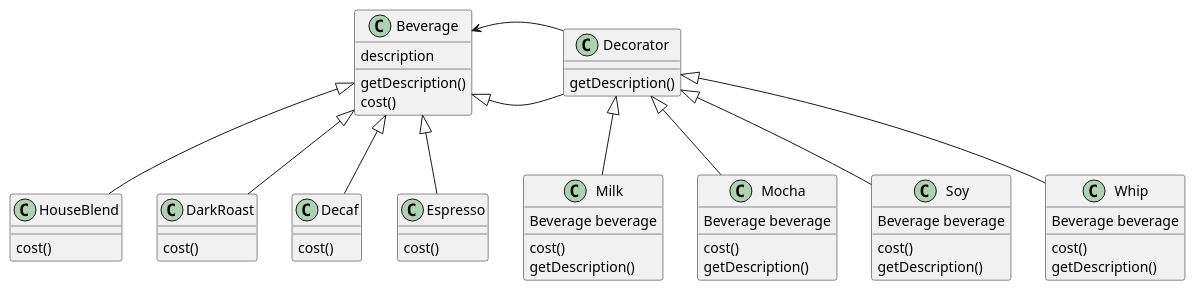
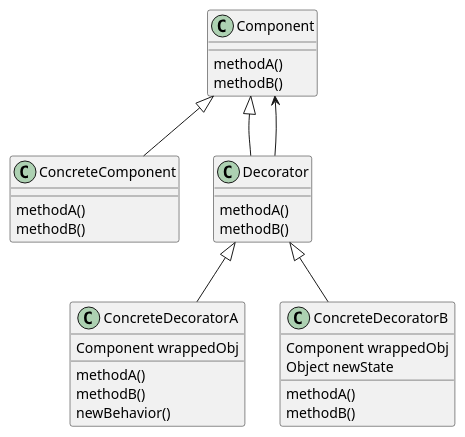
The diagram in T/software-craft/design-pattern/decorator/decorator_class.puml (tcfh2016/knowledge-map), drawn with PlantUML before and after one commit. The commit also changed 3 other files, not shown here.

```diff
--- a/T/software-craft/design-pattern/decorator/decorator_class.puml
+++ b/T/software-craft/design-pattern/decorator/decorator_class.puml
@@ -1,65 +1,41 @@
 @startuml
 
-Beverage <|-- HouseBlend
-Beverage <|-- DarkRoast
-Beverage <|-- Decaf
-Beverage <|-- Espresso
-Beverage <|-- Decorator
-Beverage <- Decorator
-
-class Beverage {
-  description
-  getDescription()
-  cost()
+class Component {
+  methodA()
+  methodB()
 }
 
-class HouseBlend {
-  cost()
-}
+Component <|-- ConcreteComponent
+Component <|-- Decorator
+Component <-- Decorator
 
-class DarkRoast {
-  cost()
-}
-
-class Decaf {
-  cost()
-}
-
-class Espresso {
-  cost()
+class ConcreteComponent {
+  methodA()
+  methodB()
 }
 
 class Decorator {
-  getDescription()
+  methodA()
+  methodB()
 }
 
-'------------------------------------------------------------------------------'
-Decorator <|-- Milk
-Decorator <|-- Mocha
-Decorator <|-- Soy
-Decorator <|-- Whip
+Decorator <|-- ConcreteDecoratorA
+Decorator <|-- ConcreteDecoratorB
 
-class Milk {
-  Beverage beverage
-  cost()
-  getDescription()
+class ConcreteDecoratorA {
+  Component wrappedObj
+
+  methodA()
+  methodB()
+  newBehavior()
 }
 
-class Mocha {
-  Beverage beverage
-  cost()
-  getDescription()
+class ConcreteDecoratorB {
+  Component wrappedObj
+  Object newState
+
+  methodA()
+  methodB()
 }
 
-class Soy {
-  Beverage beverage
-  cost()
-  getDescription()
-}
-
-class Whip {
-  Beverage beverage
-  cost()
-  getDescription()
-}
 @enduml
```
